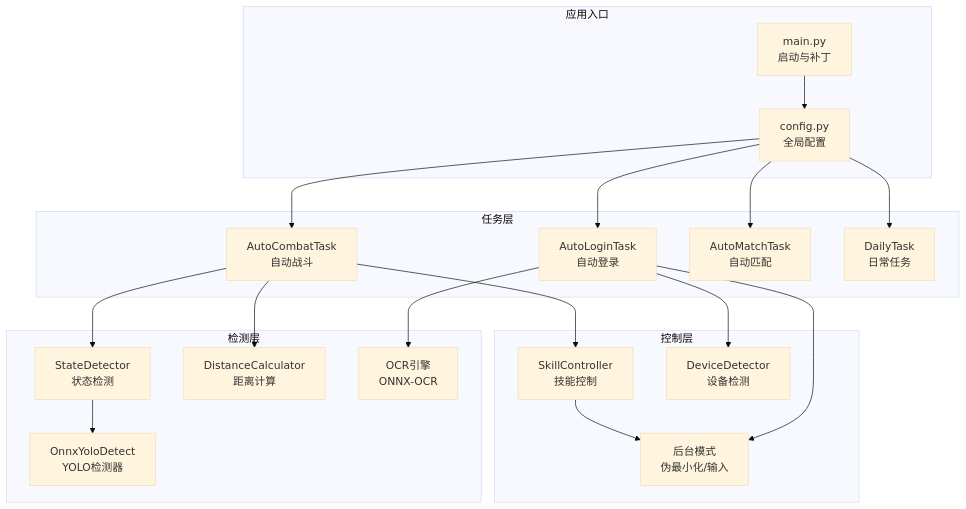
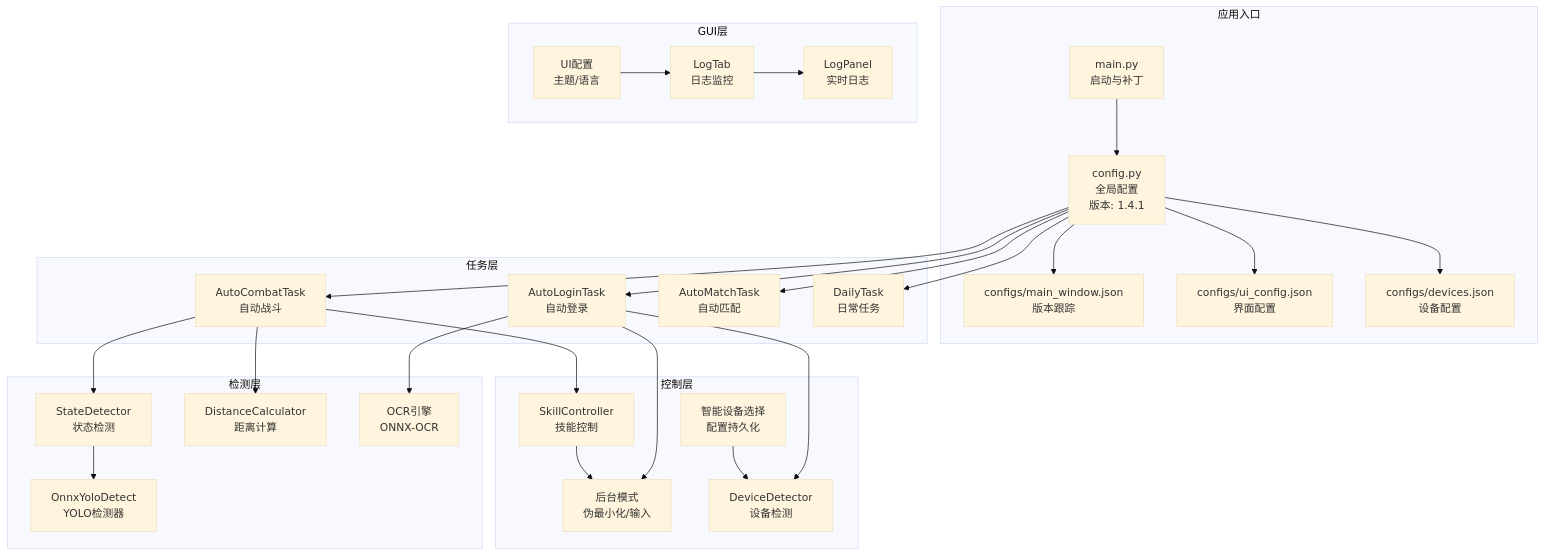
One commit to xsy098-max/ok-jump changed the second of 6 diagrams in .qoder/repowiki/zh/content/项目概述/项目概述.md. Above: the diagram before and after it, drawn with Mermaid (base theme). The commit also changed other lines of this file and 28 other files, not shown here.

````diff
--- a/.qoder/repowiki/zh/content/项目概述/项目概述.md
+++ b/.qoder/repowiki/zh/content/项目概述/项目概述.md
@@ -98,37 +121,52 @@
 ```mermaid
 graph TB
 subgraph "应用入口"
 M["main.py<br/>启动与补丁"]
-CFG["config.py<br/>全局配置"]
+CFG["config.py<br/>全局配置<br/>版本: 1.4.1"]
+END["configs/main_window.json<br/>版本跟踪"]
+END2["configs/ui_config.json<br/>界面配置"]
+END3["configs/devices.json<br/>设备配置"]
 end
 subgraph "任务层"
 T1["AutoLoginTask<br/>自动登录"]
 T2["AutoCombatTask<br/>自动战斗"]
 T3["AutoMatchTask<br/>自动匹配"]
 T4["DailyTask<br/>日常任务"]
 end
 subgraph "检测层"
 SD["StateDetector<br/>状态检测"]
 DC["DistanceCalculator<br/>距离计算"]
 OC["OnnxYoloDetect<br/>YOLO检测器"]
 OCR["OCR引擎<br/>ONNX-OCR"]
 end
 subgraph "控制层"
 SC["SkillController<br/>技能控制"]
 BG["后台模式<br/>伪最小化/输入"]
 DD["DeviceDetector<br/>设备检测"]
+END4["智能设备选择<br/>配置持久化"]
+end
+subgraph "GUI层"
+LT["LogTab<br/>日志监控"]
+LP["LogPanel<br/>实时日志"]
+UI["UI配置<br/>主题/语言"]
 end
 M --> CFG
+CFG --> END
+CFG --> END2
+CFG --> END3
 CFG --> T1
 CFG --> T2
 CFG --> T3
 CFG --> T4
 T1 --> OCR
 T1 --> BG
 T1 --> DD
 T2 --> SD
 T2 --> DC
 T2 --> SC
 SD --> OC
 SC --> BG
+LT --> LP
+UI --> LT
+END4 --> DD
 ```
````
